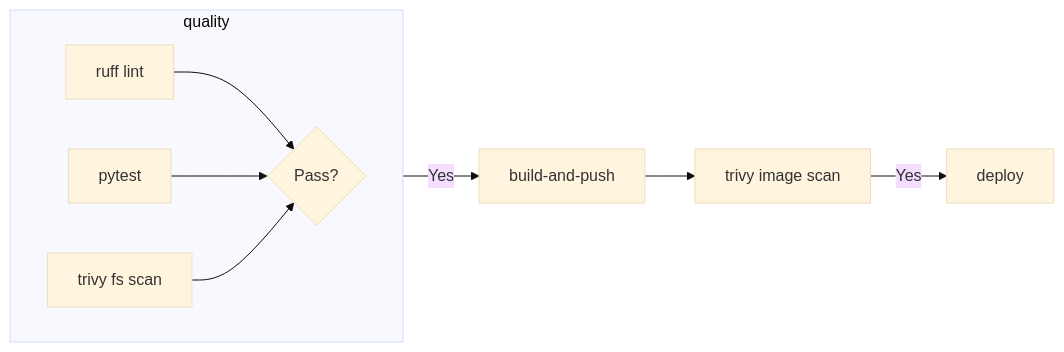
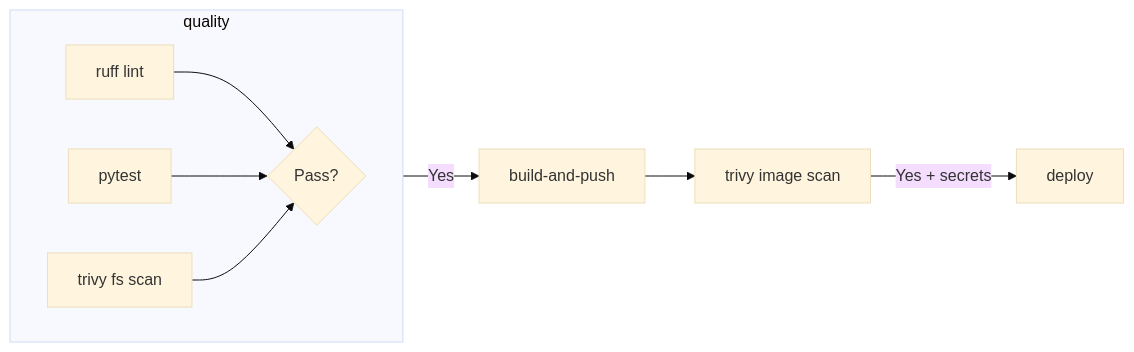
Before and after one commit to PavaraM/cicd-demo: the second of 3 diagrams in README.md, drawn with Mermaid (base theme). The commit also changed other lines of this file, not shown here.

````diff
--- a/README.md
+++ b/README.md
@@ -54,12 +56,12 @@
 ```mermaid
 graph LR
     subgraph quality
         direction LR
         A[ruff lint] --> F{Pass?}
         B[pytest] --> F
         C[trivy fs scan] --> F
     end
     F -->|Yes| D[build-and-push]
     D --> E[trivy image scan]
-    E -->|Yes| G[deploy]
+    E -->|Yes + secrets| G[deploy]
 ```
````
